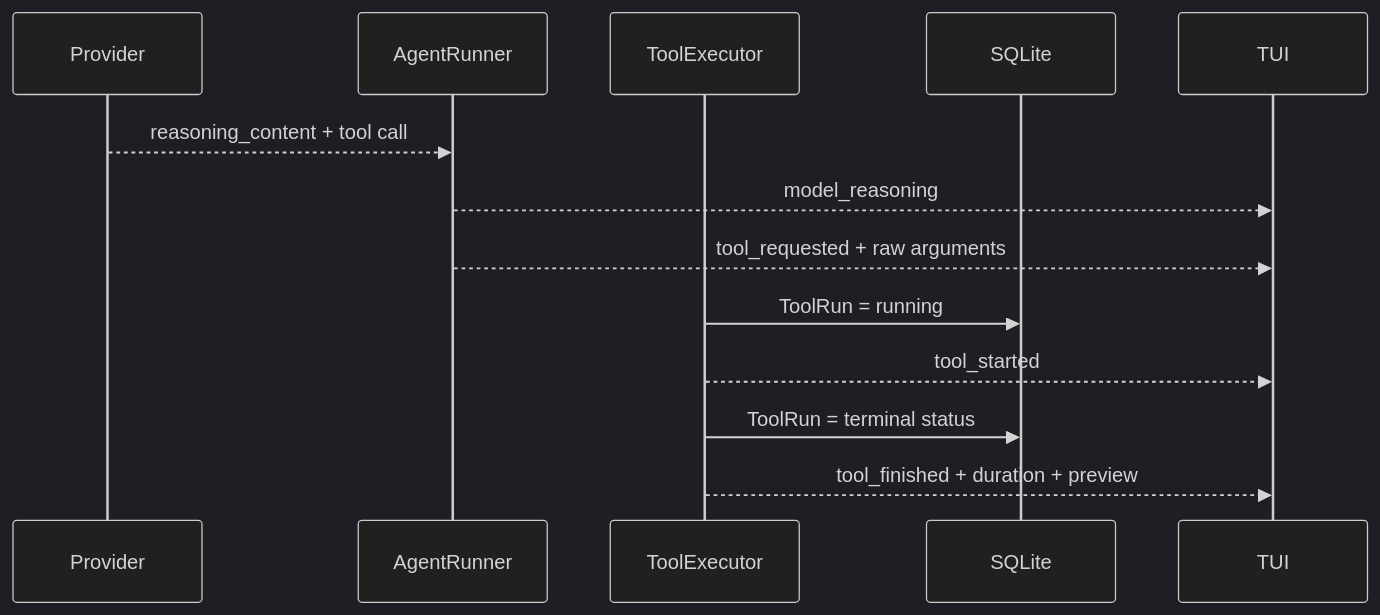
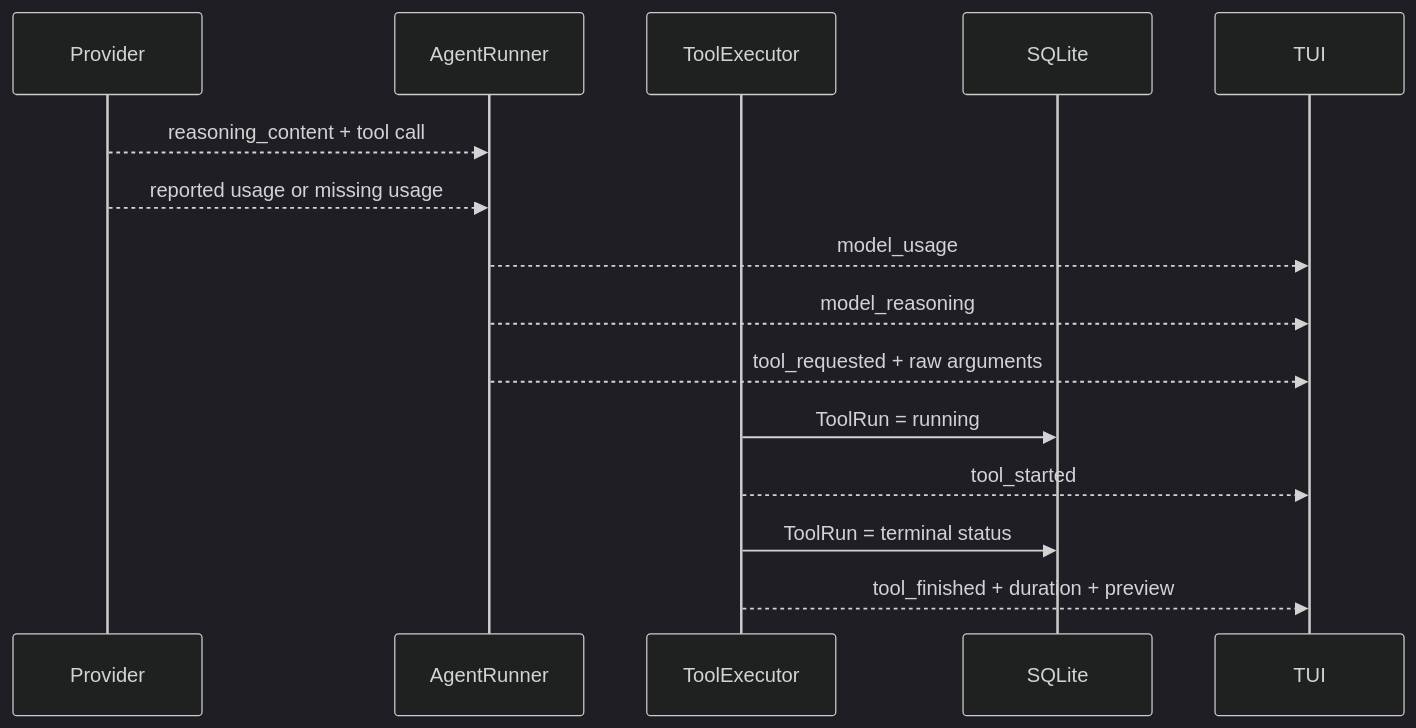
The second of 3 diagrams in docs/engineering/phase-2/tui-regression-testing.md (NEDONION/lobster0), drawn with Mermaid (dark theme) before and after one commit. The commit also changed other lines of this file and 18 other files, not shown here.

````diff
--- a/docs/engineering/phase-2/tui-regression-testing.md
+++ b/docs/engineering/phase-2/tui-regression-testing.md
@@ -46,16 +48,18 @@
 ```mermaid
 sequenceDiagram
     participant Provider
     participant Runner as AgentRunner
     participant Exec as ToolExecutor
     participant DB as SQLite
     participant TUI
 
     Provider-->>Runner: reasoning_content + tool call
+    Provider-->>Runner: reported usage or missing usage
+    Runner-->>TUI: model_usage
     Runner-->>TUI: model_reasoning
     Runner-->>TUI: tool_requested + raw arguments
     Exec->>DB: ToolRun = running
     Exec-->>TUI: tool_started
     Exec->>DB: ToolRun = terminal status
     Exec-->>TUI: tool_finished + duration + preview
 ```
````
